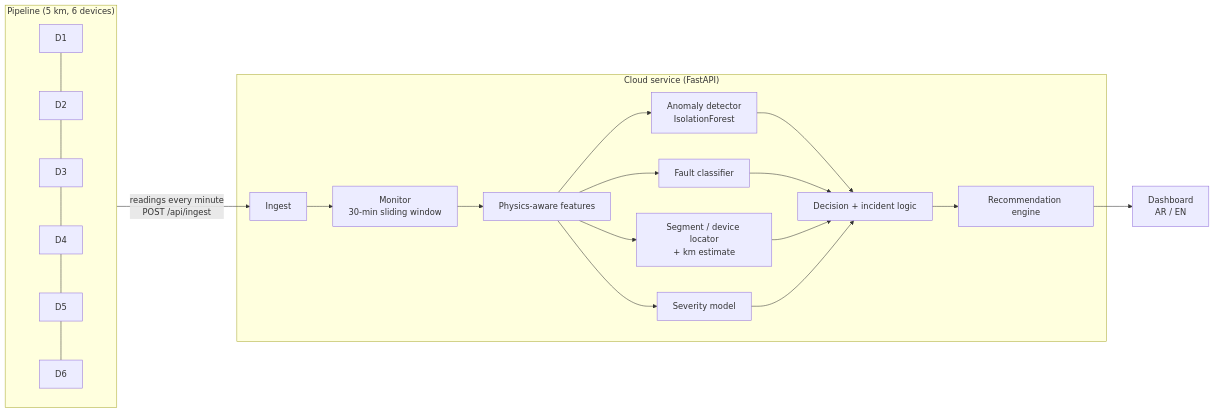
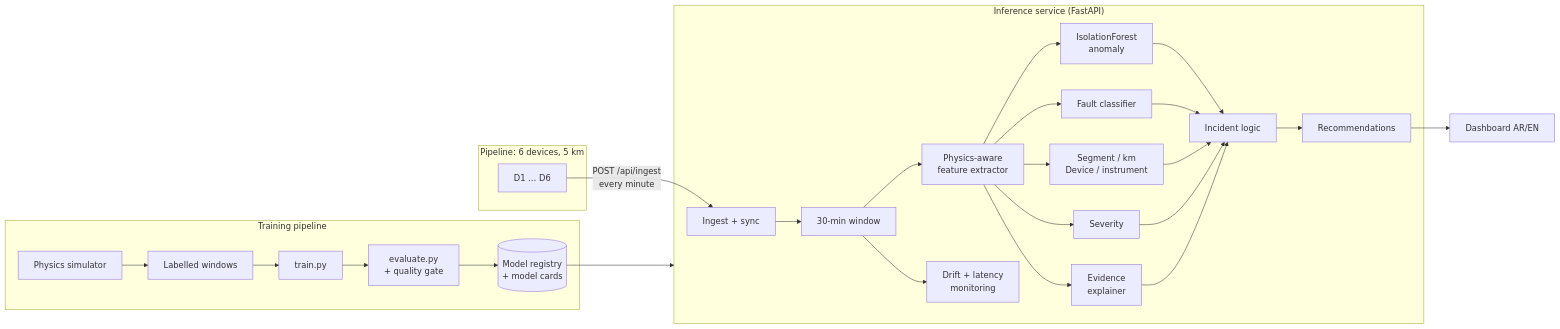
The diagram in README.md (nelmkt/maeen), drawn with Mermaid before and after one commit. The commit also changed other lines of this file and 32 other files, not shown here.

Commit message:
rename to maeen, add baselines, explainability, model registry, quality gate and drift monitoring

````diff
--- a/README.md
+++ b/README.md
@@ -15,18 +53,23 @@
 ```mermaid
 flowchart LR
-    subgraph Field["Pipeline (5 km, 6 devices)"]
-        D1[D1] --- D2[D2] --- D3[D3] --- D4[D4] --- D5[D5] --- D6[D6]
+    subgraph Field["Pipeline: 6 devices, 5 km"]
+        D[D1 … D6]
     end
-    Field -- "readings every minute<br/>POST /api/ingest" --> API
-    subgraph Cloud["Cloud service (FastAPI)"]
-        API[Ingest] --> MON[Monitor<br/>30-min sliding window]
-        MON --> FE[Physics-aware features]
-        FE --> ISO[Anomaly detector<br/>IsolationForest]
+    D -- "POST /api/ingest<br/>every minute" --> ING
+    subgraph Serving["Inference service (FastAPI)"]
+        ING[Ingest + sync] --> WIN[30-min window]
+        WIN --> FE[Physics-aware<br/>feature extractor]
+        FE --> ISO[IsolationForest<br/>anomaly]
         FE --> CLF[Fault classifier]
-        FE --> LOC[Segment / device locator<br/>+ km estimate]
-        FE --> SEV[Severity model]
-        ISO & CLF & LOC & SEV --> DEC[Decision + incident logic]
-        DEC --> REC[Recommendation engine]
+        FE --> LOC[Segment / km<br/>Device / instrument]
+        FE --> SEV[Severity]
+        FE --> XAI[Evidence<br/>explainer]
+        ISO & CLF & LOC & SEV & XAI --> DEC[Incident logic] --> REC[Recommendations]
+        WIN --> MON[Drift + latency<br/>monitoring]
     end
-    REC --> DASH[Dashboard<br/>AR / EN]
+    REG[(Model registry<br/>+ model cards)] --> Serving
+    REC --> UI[Dashboard AR/EN]
+    subgraph Training["Training pipeline"]
+        SIM[Physics simulator] --> DS[Labelled windows] --> TR[train.py] --> EV[evaluate.py<br/>+ quality gate] --> REG
+    end
 ```
````
